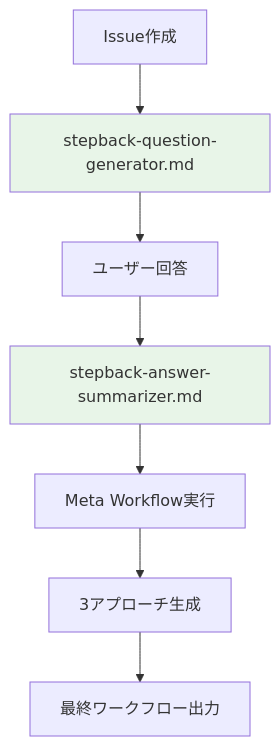
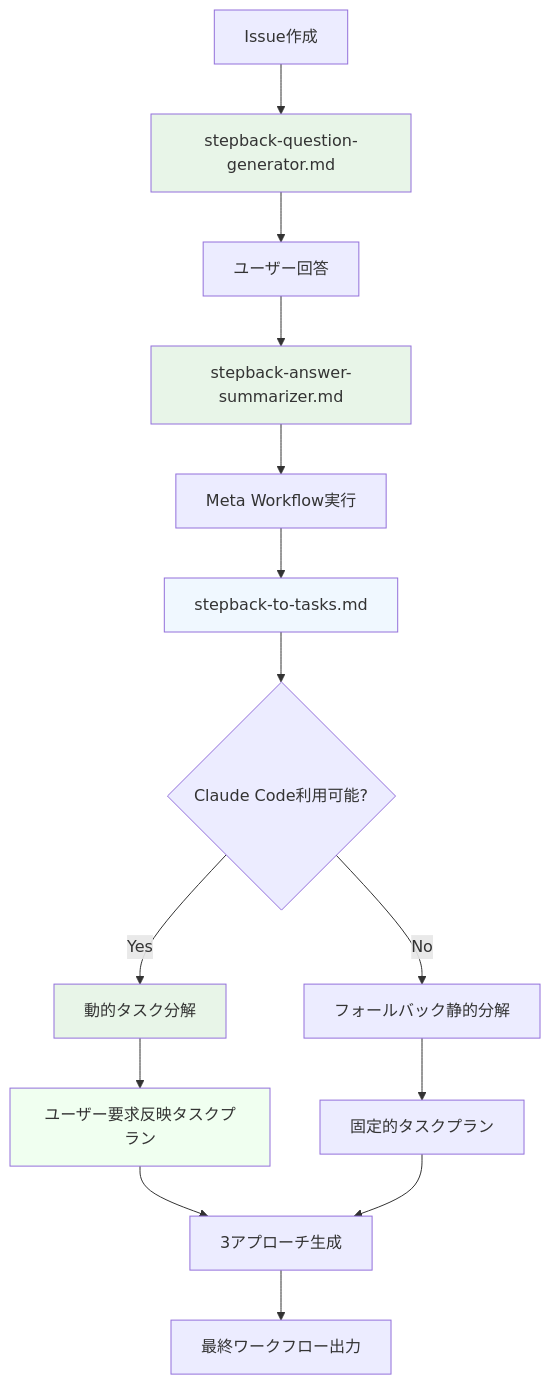
One commit to rossy8417/kamuicode_meta changed the diagram in meta/prompts/README.md. Above: the diagram before and after it, drawn with Mermaid. The commit also changed other lines of this file and 2 other files, not shown here.

Commit message:
feat: 動的タスク分解システムの実装で重大な問題を解決
🚨 解決した重大な問題:
- v8.1でユーザーのステップバック回答が全く活用されていなかった
- 固定的な3パターンのフォールバックJSONのみで柔軟性不足
- ユーザー要求（品質設定、エラー対応等）が反映されない

✅ 実装した解決策:
- meta/prompts/stepback-to-tasks.md: 新プロンプト追加
- Claude Code動的実行による個人化タスク分解
- フォールバック機能で下位互換性維持

🔄 新システムフロー:
1. ステップバック回答分析
2. Claude Code利用可能性チェック
3. 動的タスク分解 OR フォールバック静的分解
4. ユーザー要求反映タスクプラン生成

📋 タスクプラン改善内容:
- user_requirements セクション追加
- quality_settings 詳細指定
- error_handling 戦略具体化
- monitoring レベル設定

🤖 Generated with [Claude Code](https://claude.ai/code)

````diff
--- a/meta/prompts/README.md
+++ b/meta/prompts/README.md
@@ -37,12 +43,22 @@
 ```mermaid
 graph TD
     A[Issue作成] --> B[stepback-question-generator.md]
     B --> C[ユーザー回答]
     C --> D[stepback-answer-summarizer.md]
     D --> E[Meta Workflow実行]
-    E --> F[3アプローチ生成]
-    F --> G[最終ワークフロー出力]
+    E --> F[stepback-to-tasks.md]
+    F --> G{Claude Code利用可能?}
+    G -->|Yes| H[動的タスク分解]
+    G -->|No| I[フォールバック静的分解]
+    H --> J[ユーザー要求反映タスクプラン]
+    I --> K[固定的タスクプラン]
+    J --> L[3アプローチ生成]
+    K --> L
+    L --> M[最終ワークフロー出力]
     
     style B fill:#e8f5e8
     style D fill:#e8f5e8
+    style F fill:#f0f8ff
+    style H fill:#e8f5e8
+    style J fill:#f0fff0
 ```
````
